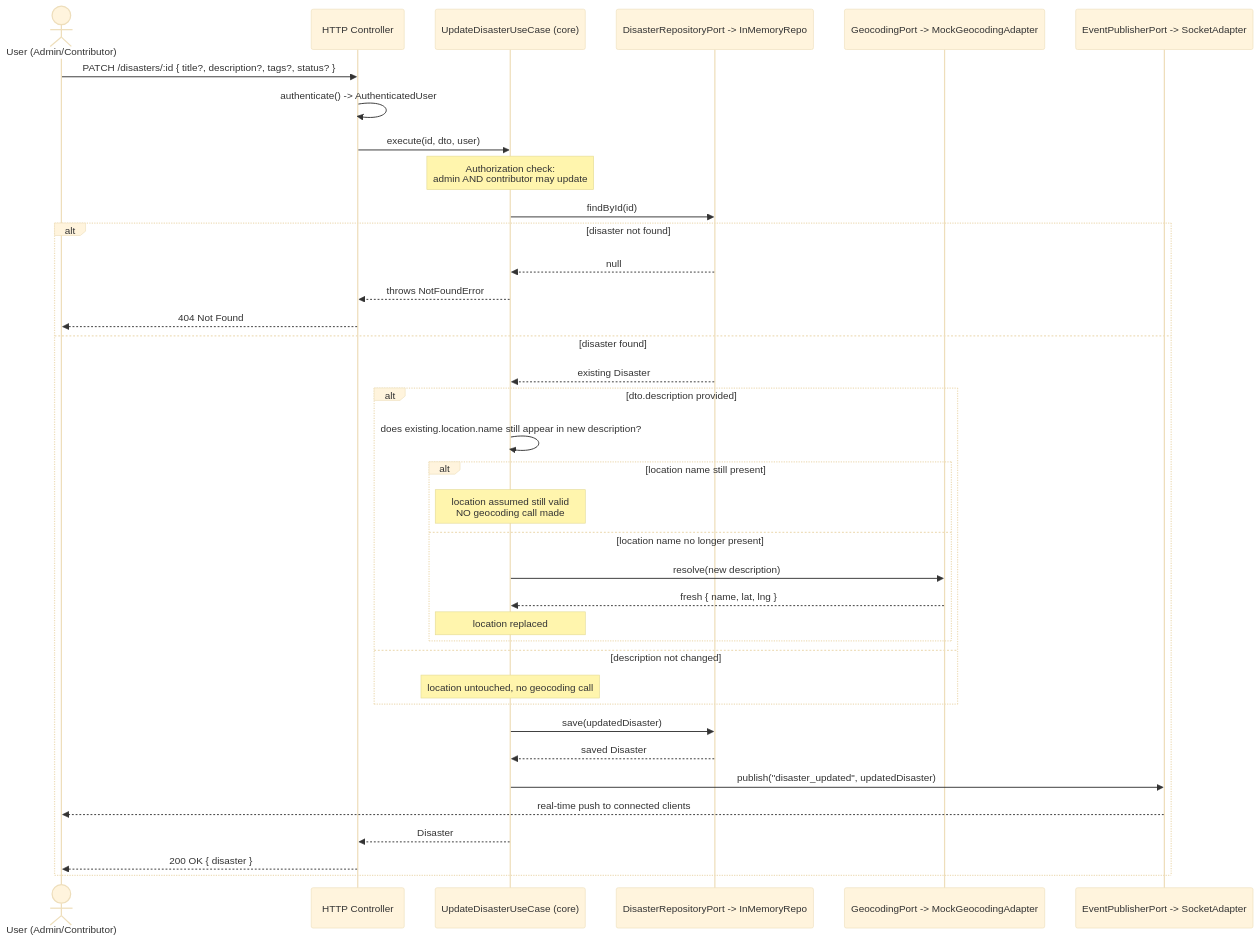
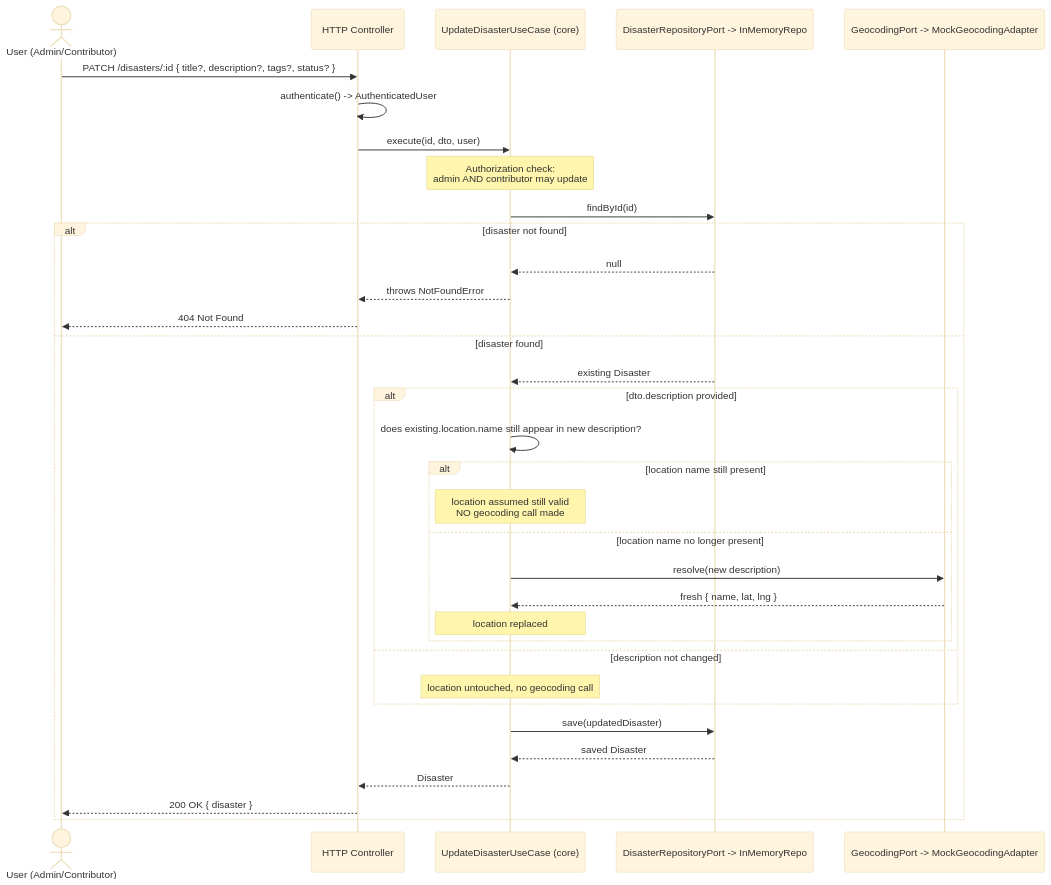
Before and after one commit to Rohit-MK2k/disaster-response-coordination-platform: the diagram in docs/diagrams/sequence/update-disaster.mmd, drawn with Mermaid (base theme). The commit also changed 7 other files, not shown here.

```diff
--- a/docs/diagrams/sequence/update-disaster.mmd
+++ b/docs/diagrams/sequence/update-disaster.mmd
@@ -1,38 +1,35 @@
 sequenceDiagram
     actor U as User (Admin/Contributor)
     participant API as HTTP Controller
     participant UC as UpdateDisasterUseCase (core)
     participant REPO as DisasterRepositoryPort -> InMemoryRepo
     participant GEO as GeocodingPort -> MockGeocodingAdapter
-    participant EVT as EventPublisherPort -> SocketAdapter
 
     U->>API: PATCH /disasters/:id { title?, description?, tags?, status? }
     API->>API: authenticate() -> AuthenticatedUser
     API->>UC: execute(id, dto, user)
     Note over UC: Authorization check:<br/>admin AND contributor may update
     UC->>REPO: findById(id)
     alt disaster not found
         REPO-->>UC: null
         UC-->>API: throws NotFoundError
         API-->>U: 404 Not Found
     else disaster found
         REPO-->>UC: existing Disaster
         alt dto.description provided
             UC->>UC: does existing.location.name still appear in new description?
             alt location name still present
                 Note over UC: location assumed still valid<br/>NO geocoding call made
             else location name no longer present
                 UC->>GEO: resolve(new description)
                 GEO-->>UC: fresh { name, lat, lng }
                 Note over UC: location replaced
             end
         else description not changed
             Note over UC: location untouched, no geocoding call
         end
         UC->>REPO: save(updatedDisaster)
         REPO-->>UC: saved Disaster
-        UC->>EVT: publish("disaster_updated", updatedDisaster)
-        EVT-->>U: real-time push to connected clients
         UC-->>API: Disaster
         API-->>U: 200 OK { disaster }
     end
```
